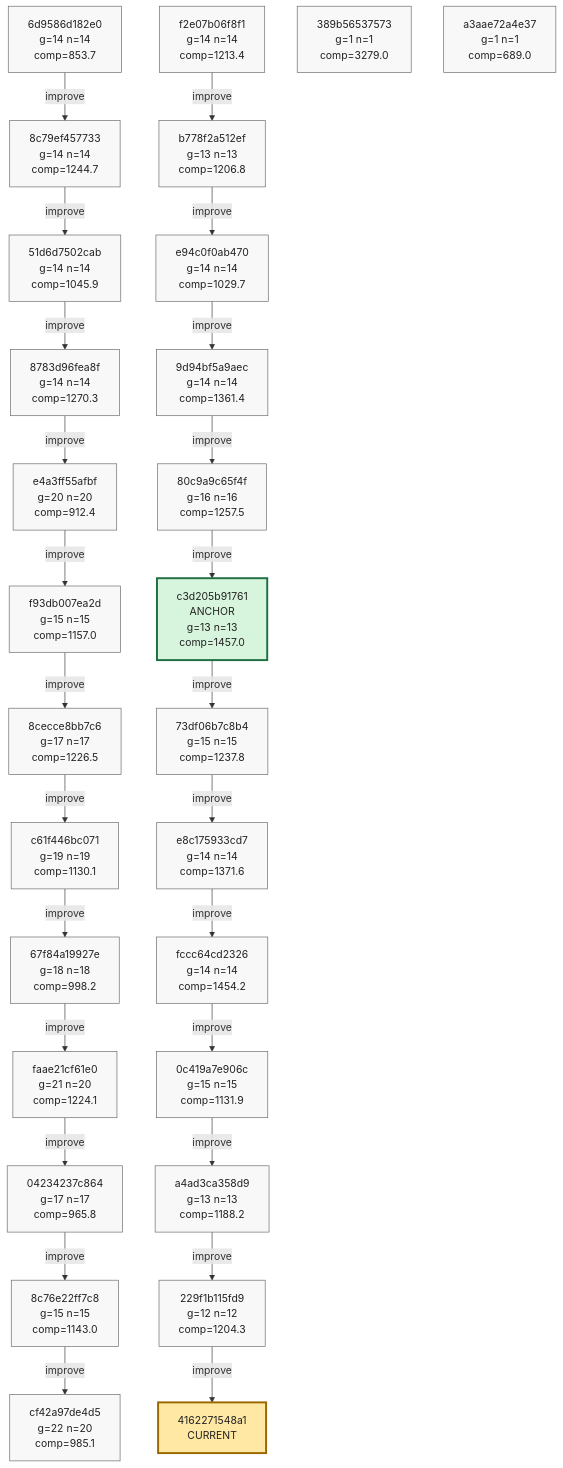
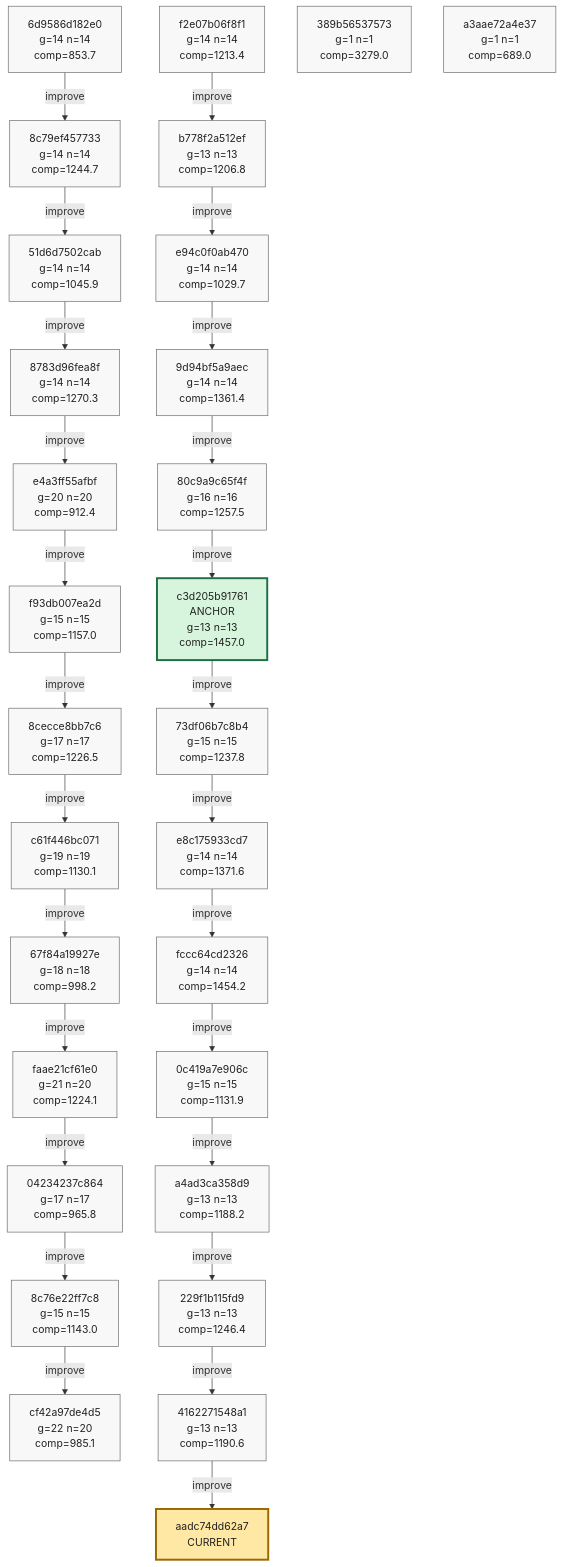
One commit to azumag/soviet_now changed the eighth of 8 diagrams in phyrogenetic-tree.md. Above: the diagram before and after it, drawn with Mermaid. The commit also changed other lines of this file and 2 other files, not shown here.

Commit message:
eloop Improve after 12 games (scores: 1459 2062 1308 1184 1478 971 1324 904 874 899 3246 1805)

````diff
--- a/phyrogenetic-tree.md
+++ b/phyrogenetic-tree.md
@@ -1936,10 +1937,11 @@
     h_fccc64cd2326["fccc64cd2326<br/>g=14 n=14<br/>comp=1454.2"]
     h_0c419a7e906c["0c419a7e906c<br/>g=15 n=15<br/>comp=1131.9"]
     h_a4ad3ca358d9["a4ad3ca358d9<br/>g=13 n=13<br/>comp=1188.2"]
-    h_229f1b115fd9["229f1b115fd9<br/>g=12 n=12<br/>comp=1204.3"]
+    h_229f1b115fd9["229f1b115fd9<br/>g=13 n=13<br/>comp=1246.4"]
+    h_4162271548a1["4162271548a1<br/>g=13 n=13<br/>comp=1190.6"]
     h_389b56537573["389b56537573<br/>g=1 n=1<br/>comp=3279.0"]
     h_a3aae72a4e37["a3aae72a4e37<br/>g=1 n=1<br/>comp=689.0"]
-    h_4162271548a1["4162271548a1<br/>CURRENT"]
+    h_aadc74dd62a7["aadc74dd62a7<br/>CURRENT"]
 
     h_6d9586d182e0 -->|improve| h_8c79ef457733
     h_8c79ef457733 -->|improve| h_51d6d7502cab
@@ -1965,6 +1967,7 @@
     h_0c419a7e906c -->|improve| h_a4ad3ca358d9
     h_a4ad3ca358d9 -->|improve| h_229f1b115fd9
     h_229f1b115fd9 -->|improve| h_4162271548a1
+    h_4162271548a1 -->|improve| h_aadc74dd62a7
 
     classDef plain fill:#f8f8f8,stroke:#666,stroke-width:1px,color:#222;
     classDef current fill:#ffe8a3,stroke:#9a6700,stroke-width:3px,color:#222;
@@ -1996,7 +1999,8 @@
     class h_0c419a7e906c plain;
     class h_a4ad3ca358d9 plain;
     class h_229f1b115fd9 plain;
+    class h_4162271548a1 plain;
     class h_389b56537573 plain;
     class h_a3aae72a4e37 plain;
-    class h_4162271548a1 current;
+    class h_aadc74dd62a7 current;
 ```
````
